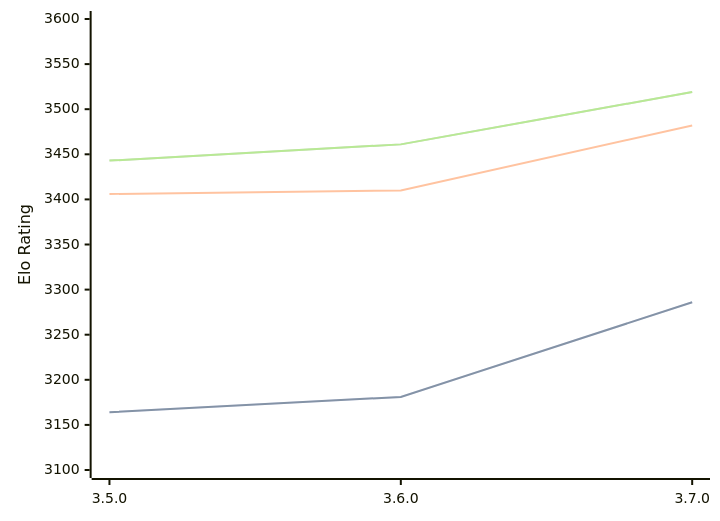
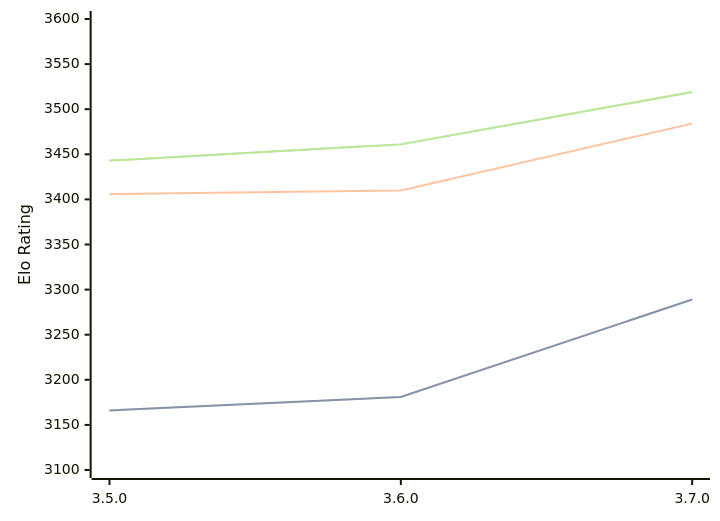
One commit to computer-chess-index/cci changed the diagram in engines/Igel.md. Above: the diagram before and after it, drawn with Mermaid. The commit also changed other lines of this file, not shown here.

````diff
--- a/engines/Igel.md
+++ b/engines/Igel.md
@@ -33,11 +33,11 @@
 ```mermaid
 %%{init: {"theme":"base","themeVariables":{"seriesColors:['#a3a3a3','#222221','#faa371']}}}%%
 xychart-beta
   x-axis ["3.5.0", "3.6.0", "3.7.0"]
   y-axis "Elo Rating" 3100 --> 3600
-  line "" [3164, 3181, 3286]
-  line "STC (8.0+0.08s)" [3164, 3181, 3286]
-  line "LTC (60.0+0.60s)" [3406, 3410, 3482]
+  line "" [3166, 3181, 3289]
+  line "STC (8.0+0.08s)" [3166, 3181, 3289]
+  line "LTC (60.0+0.60s)" [3406, 3410, 3484]
   line "" [3443, 3461, 3519]
   line "VLTC (2m24s+1.12s)" [3443, 3461, 3519]
 ```
````
